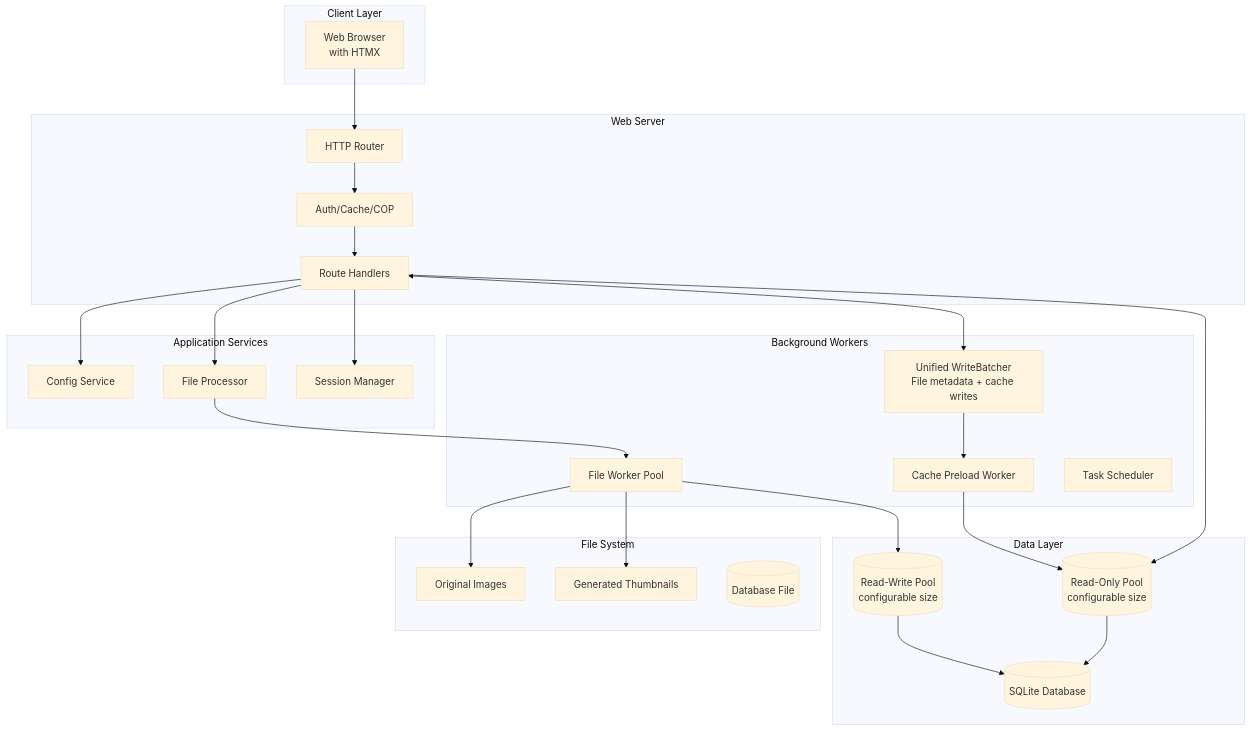
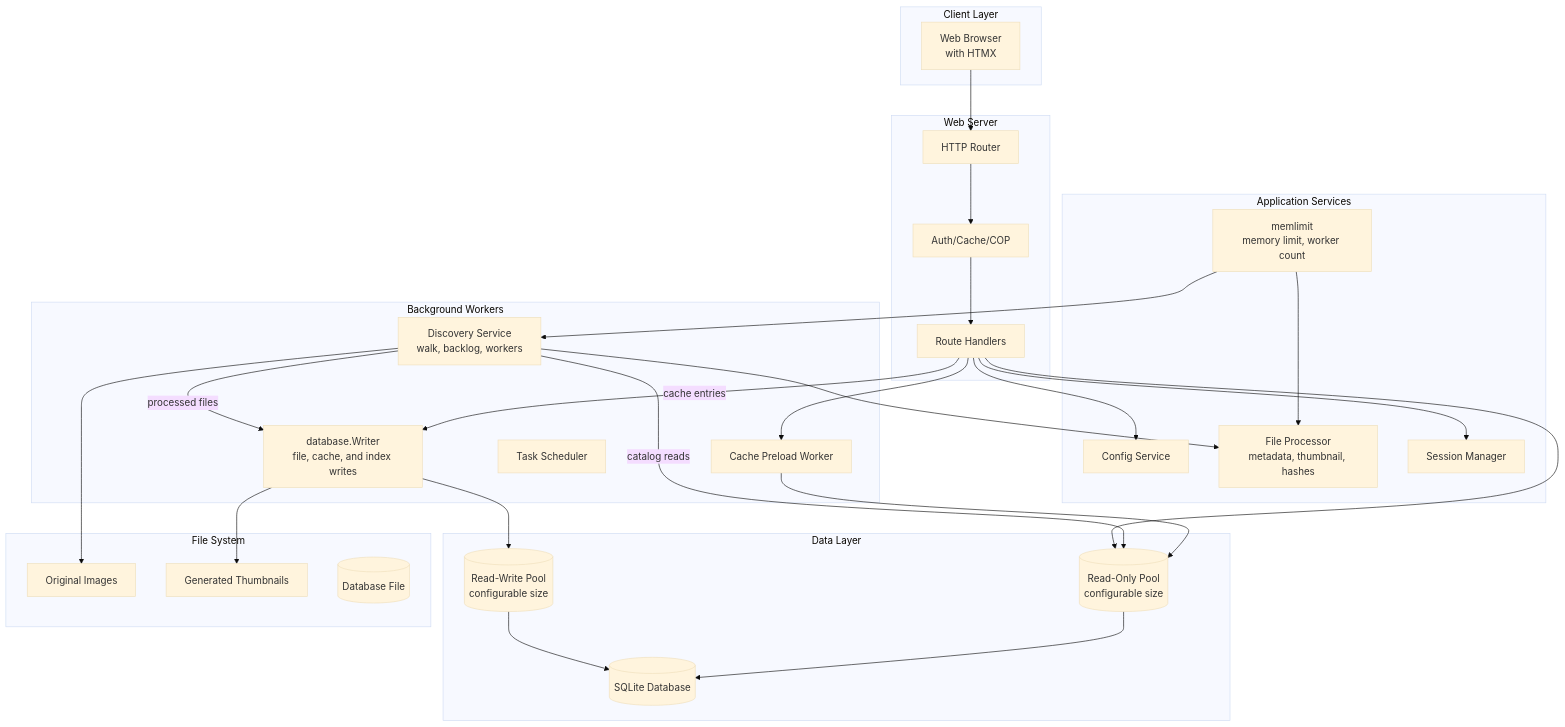
The first of 20 diagrams in docs/ARCHITECTURE.md (lbe/sfpg-go), drawn with Mermaid (base theme) before and after one commit. The commit also changed other lines of this file and 241 other files, not shown here.

````diff
--- a/docs/ARCHITECTURE.md
+++ b/docs/ARCHITECTURE.md
@@ -159,58 +163,61 @@
 ```mermaid
 graph TB
     subgraph "Client Layer"
         Browser[Web Browser<br/>with HTMX]
     end
 
     subgraph "Web Server"
         Router[HTTP Router]
         Middleware[Auth/Cache/COP]
         Handlers[Route Handlers]
     end
 
     subgraph "Application Services"
         ConfigSvc[Config Service]
-        FileProc[File Processor]
+        FileProc[File Processor<br/>metadata, thumbnail, hashes]
         SessionMgr[Session Manager]
+        MemLimit[memlimit<br/>memory limit, worker count]
     end
 
     subgraph "Background Workers"
-        FileWorkerPool[File Worker Pool]
-        CacheWorker[Unified WriteBatcher<br/>File metadata + cache writes]
+        Discovery[Discovery Service<br/>walk, backlog, workers]
+        Writer[database.Writer<br/>file, cache, and index writes]
         PreloadWorker[Cache Preload Worker]
         Scheduler[Task Scheduler]
     end
 
     subgraph "Data Layer"
         SQLite[(SQLite Database)]
         ROConn[(Read-Only Pool<br/>configurable size)]
         RWConn[(Read-Write Pool<br/>configurable size)]
     end
 
     subgraph "File System"
         Images[Original Images]
         Thumbnails[Generated Thumbnails]
         Database[(Database File)]
     end
 
     Browser --> Router
     Router --> Middleware
     Middleware --> Handlers
 
     Handlers --> ConfigSvc
-    Handlers --> FileProc
     Handlers --> SessionMgr
-
-    Handlers <--> CacheWorker
-    CacheWorker --> PreloadWorker
+    Handlers -->|cache entries| Writer
+    Handlers --> PreloadWorker
     PreloadWorker --> ROConn
 
-    FileProc --> FileWorkerPool
-    FileWorkerPool --> Images
-    FileWorkerPool --> Thumbnails
-    FileWorkerPool --> RWConn
+    MemLimit --> Discovery
+    MemLimit --> FileProc
+    Discovery --> Images
+    Discovery --> FileProc
+    Discovery -->|catalog reads| ROConn
+    Discovery -->|processed files| Writer
+    Writer --> Thumbnails
+    Writer --> RWConn
 
     Handlers --> ROConn
     ROConn --> SQLite
     RWConn --> SQLite
 ```
````
